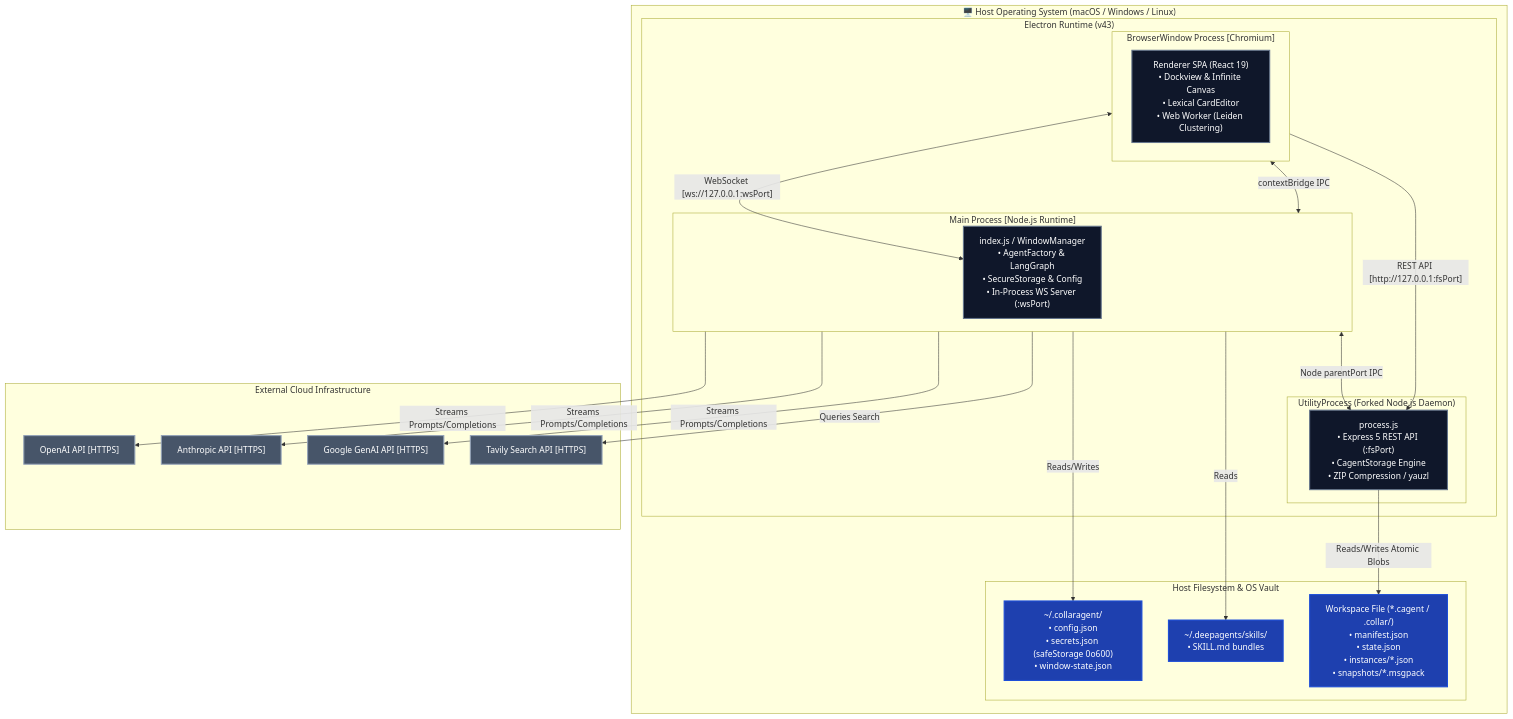
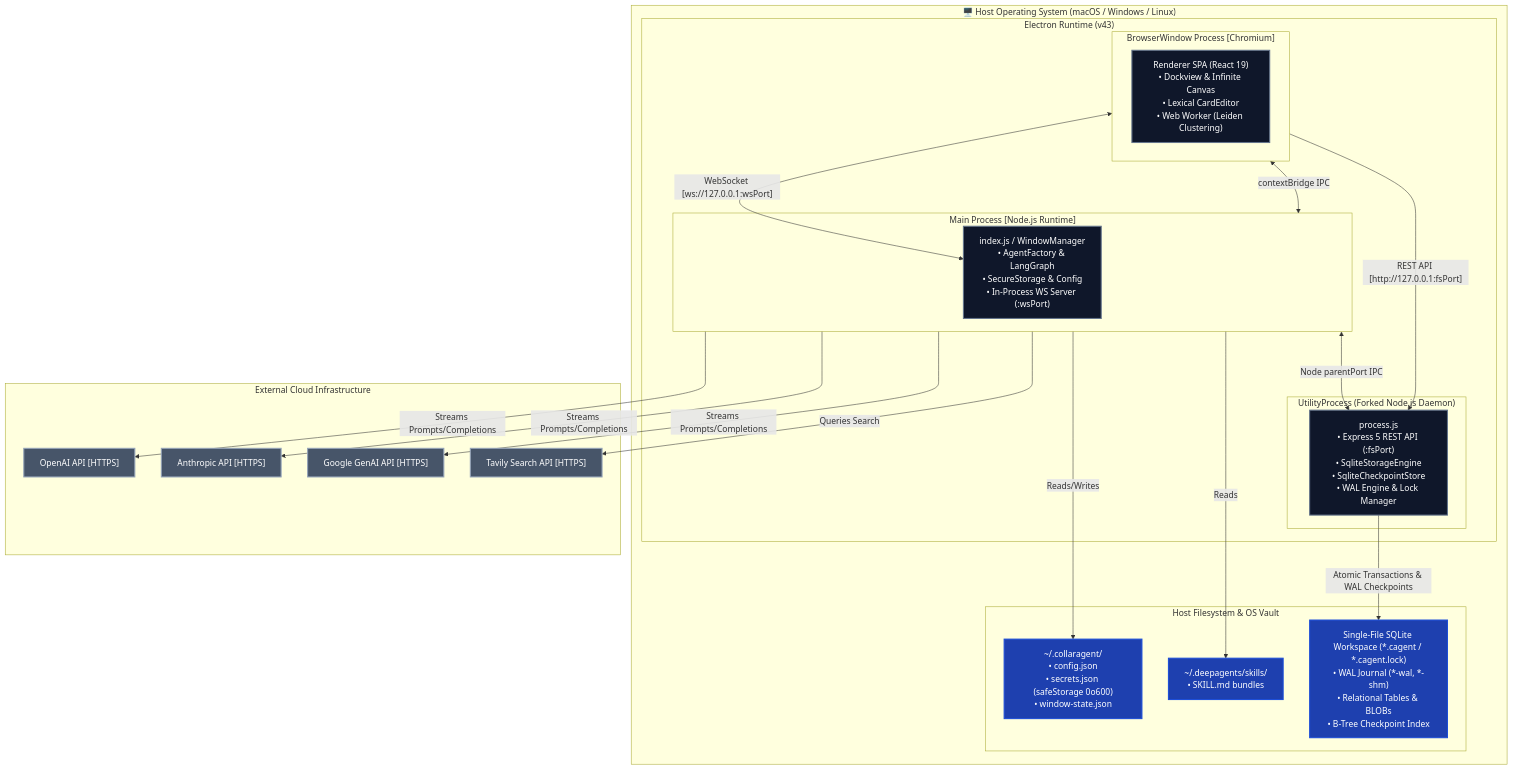
Before and after one commit to Goldwaterfung/Collaragent: the fourth of 17 diagrams in docs/design-catalog/README.md, drawn with Mermaid. The commit also changed other lines of this file and 90 other files, not shown here.

````diff
--- a/docs/design-catalog/README.md
+++ b/docs/design-catalog/README.md
@@ -241,53 +242,53 @@
 ```mermaid
 flowchart TB
     %% Deployment Styling
     classDef node fill:#1e293b,stroke:#3b82f6,color:#fff,stroke-width:2px;
     classDef process fill:#0f172a,stroke:#64748b,color:#fff;
     classDef file fill:#1e40af,stroke:#1d4ed8,color:#fff;
     classDef cloud fill:#475569,stroke:#94a3b8,color:#fff;
 
     subgraph HostOS ["🖥️ Host Operating System (macOS / Windows / Linux)"]
 
         subgraph ElectronApp ["Electron Runtime (v43)"]
 
             subgraph MainProc ["Main Process [Node.js Runtime]"]
                 HostMain["index.js / WindowManager<br/>• AgentFactory & LangGraph<br/>• SecureStorage & Config<br/>• In-Process WS Server (:wsPort)"]:::process
             end
 
             subgraph RendererProc ["BrowserWindow Process [Chromium]"]
                 WebUI["Renderer SPA (React 19)<br/>• Dockview & Infinite Canvas<br/>• Lexical CardEditor<br/>• Web Worker (Leiden Clustering)"]:::process
             end
 
             subgraph UtilityProc ["UtilityProcess (Forked Node.js Daemon)"]
-                Daemon["process.js<br/>• Express 5 REST API (:fsPort)<br/>• CagentStorage Engine<br/>• ZIP Compression / yauzl"]:::process
+                Daemon["process.js<br/>• Express 5 REST API (:fsPort)<br/>• SqliteStorageEngine<br/>• SqliteCheckpointStore<br/>• WAL Engine & Lock Manager"]:::process
             end
         end
 
         subgraph LocalDisk ["Host Filesystem & OS Vault"]
             ConfigDir["~/.collaragent/<br/>• config.json<br/>• secrets.json (safeStorage 0o600)<br/>• window-state.json"]:::file
             SkillsDir["~/.deepagents/skills/<br/>• SKILL.md bundles"]:::file
-            ProjectDir["Workspace File (*.cagent / .collar/)<br/>• manifest.json<br/>• state.json<br/>• instances/*.json<br/>• snapshots/*.msgpack"]:::file
+            ProjectDir["Single-File SQLite Workspace (*.cagent / *.cagent.lock)<br/>• WAL Journal (*-wal, *-shm)<br/>• Relational Tables & BLOBs<br/>• B-Tree Checkpoint Index"]:::file
         end
     end
 
     subgraph CloudServices ["External Cloud Infrastructure"]
         OpenAICloud["OpenAI API [HTTPS]"]:::cloud
         AnthropicCloud["Anthropic API [HTTPS]"]:::cloud
         GoogleCloud["Google GenAI API [HTTPS]"]:::cloud
         TavilyAPI["Tavily Search API [HTTPS]"]:::cloud
     end
 
     RendererProc <-->|"contextBridge IPC"| MainProc
     RendererProc <-->|"WebSocket [ws://127.0.0.1:wsPort]"| HostMain
     RendererProc -->|"REST API [http://127.0.0.1:fsPort]"| Daemon
     MainProc <-->|"Node parentPort IPC"| Daemon
 
     MainProc -->|"Reads/Writes"| ConfigDir
     MainProc -->|"Reads"| SkillsDir
-    Daemon -->|"Reads/Writes Atomic Blobs"| ProjectDir
+    Daemon -->|"Atomic Transactions & WAL Checkpoints"| ProjectDir
 
     MainProc -->|"Streams Prompts/Completions"| OpenAICloud
     MainProc -->|"Streams Prompts/Completions"| AnthropicCloud
     MainProc -->|"Streams Prompts/Completions"| GoogleCloud
     MainProc -->|"Queries Search"| TavilyAPI
 ```
````
